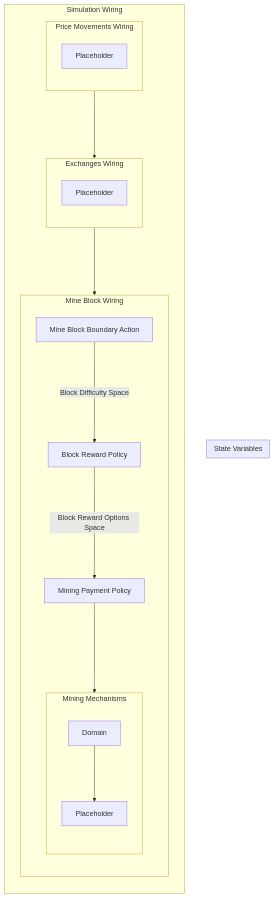
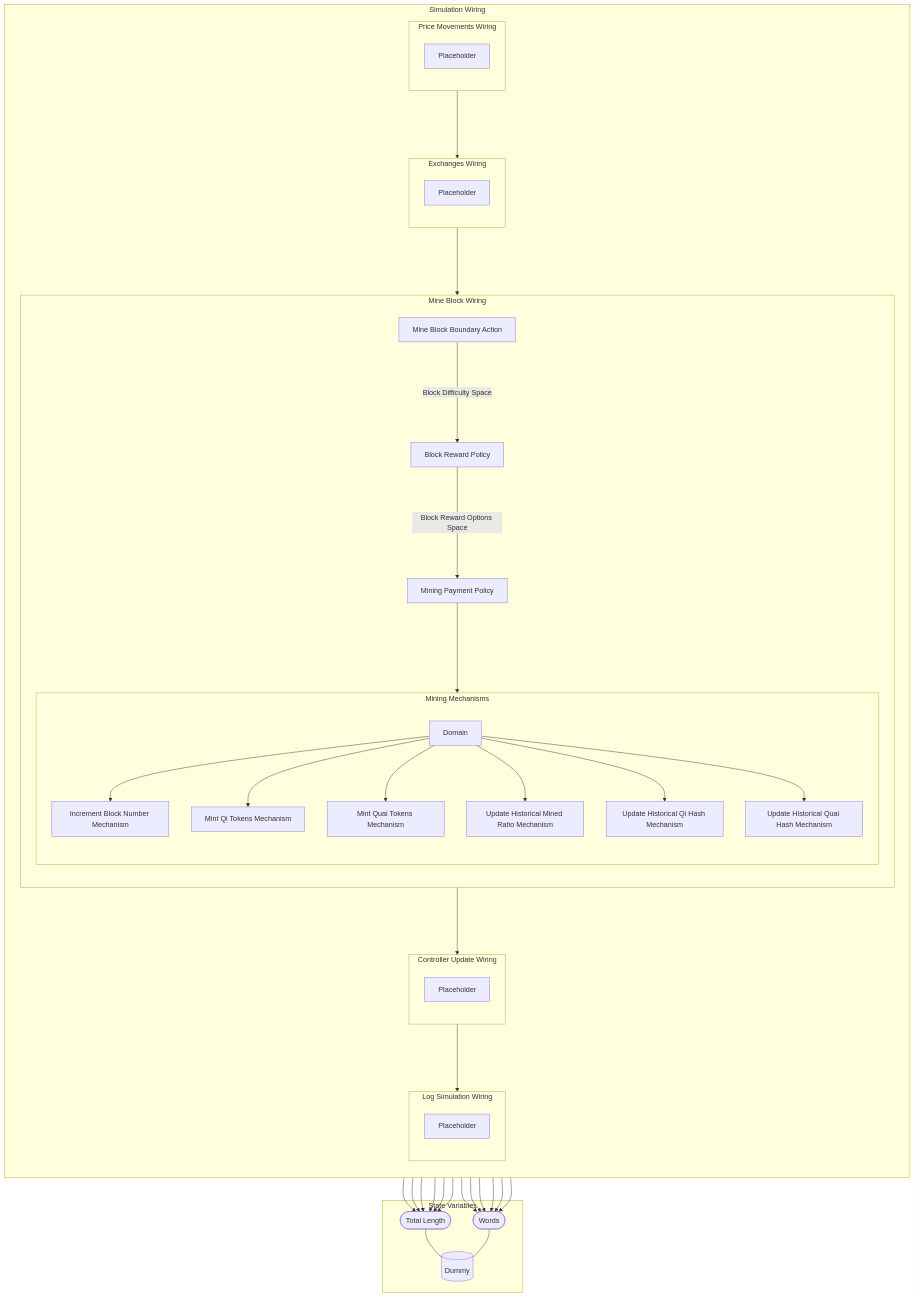
The diagram in Spec/obsidian/Wiring/Simulation Wiring.md (dominant-strategies/Quai-Macro-Model), drawn with Mermaid before and after one commit. The commit also changed other lines of this file and 29 other files, not shown here.

````diff
--- a/Spec/obsidian/Wiring/Simulation Wiring.md
+++ b/Spec/obsidian/Wiring/Simulation Wiring.md
@@ -3,38 +3,75 @@
 ```mermaid
 graph TB
 
 subgraph SVS["State Variables"]
+EE0[("Dummy")]
+EES0(["Total Length"])
+EES0 --- EE0
+EES1(["Words"])
+EES1 --- EE0
 end
 
-subgraph X13["Simulation Wiring"]
+subgraph X22["Simulation Wiring"]
 direction TB
 subgraph X2["Price Movements Wiring"]
 direction TB
 X1["Placeholder"]
 end
 subgraph X4["Exchanges Wiring"]
 direction TB
 X3["Placeholder"]
 end
-subgraph X12["Mine Block Wiring"]
+subgraph X17["Mine Block Wiring"]
 direction TB
 X5["Mine Block Boundary Action"]
 X6["Block Reward Policy"]
 X7["Mining Payment Policy"]
-subgraph X11["Mining Mechanisms"]
+subgraph X16["Mining Mechanisms"]
 direction TB
-X8["Placeholder"]
-X9[Domain]
+X8["Increment Block Number Mechanism"]
+X8 --> EES1
+X8 --> EES0
+X9["Mint Qi Tokens Mechanism"]
+X9 --> EES1
+X9 --> EES0
+X10["Mint Quai Tokens Mechanism"]
+X10 --> EES1
+X10 --> EES0
+X11["Update Historical Mined Ratio Mechanism"]
+X11 --> EES1
+X11 --> EES0
+X12["Update Historical Qi Hash Mechanism"]
+X12 --> EES1
+X12 --> EES0
+X13["Update Historical Quai Hash Mechanism"]
+X13 --> EES1
+X13 --> EES0
+X14[Domain]
 
 direction LR
 direction TB
-X9 --> X8
+X14 --> X8
+X14 --> X9
+X14 --> X10
+X14 --> X11
+X14 --> X12
+X14 --> X13
 end
 X5--"Block Difficulty Space"--->X6
 X6--"Block Reward Options Space"--->X7
-X7--->X11
+X7--->X16
+end
+subgraph X19["Controller Update Wiring"]
+direction TB
+X18["Placeholder"]
+end
+subgraph X21["Log Simulation Wiring"]
+direction TB
+X20["Placeholder"]
 end
 X2--->X4
-X4--->X12
+X4--->X17
+X17--->X19
+X19--->X21
 end
 ```
````
